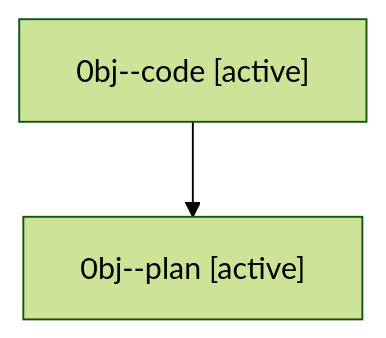
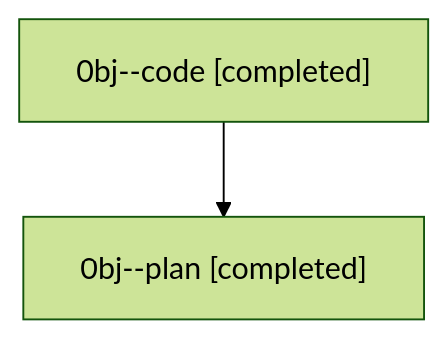
Before and after one commit to sase-org/sase--agents: the diagram in families/bbugyi200.athena.0bj.md, drawn with Mermaid (forest theme). The commit also changed other lines of this file and 86 other files, not shown here.

````diff
--- a/families/bbugyi200.athena.0bj.md
+++ b/families/bbugyi200.athena.0bj.md
@@ -9,6 +9,6 @@
 ```mermaid
 flowchart TD
-  n0["0bj--code [active]"]
-  n1["0bj--plan [active]"]
+  n0["0bj--code [completed]"]
+  n1["0bj--plan [completed]"]
   n0 --> n1
 ```
````
